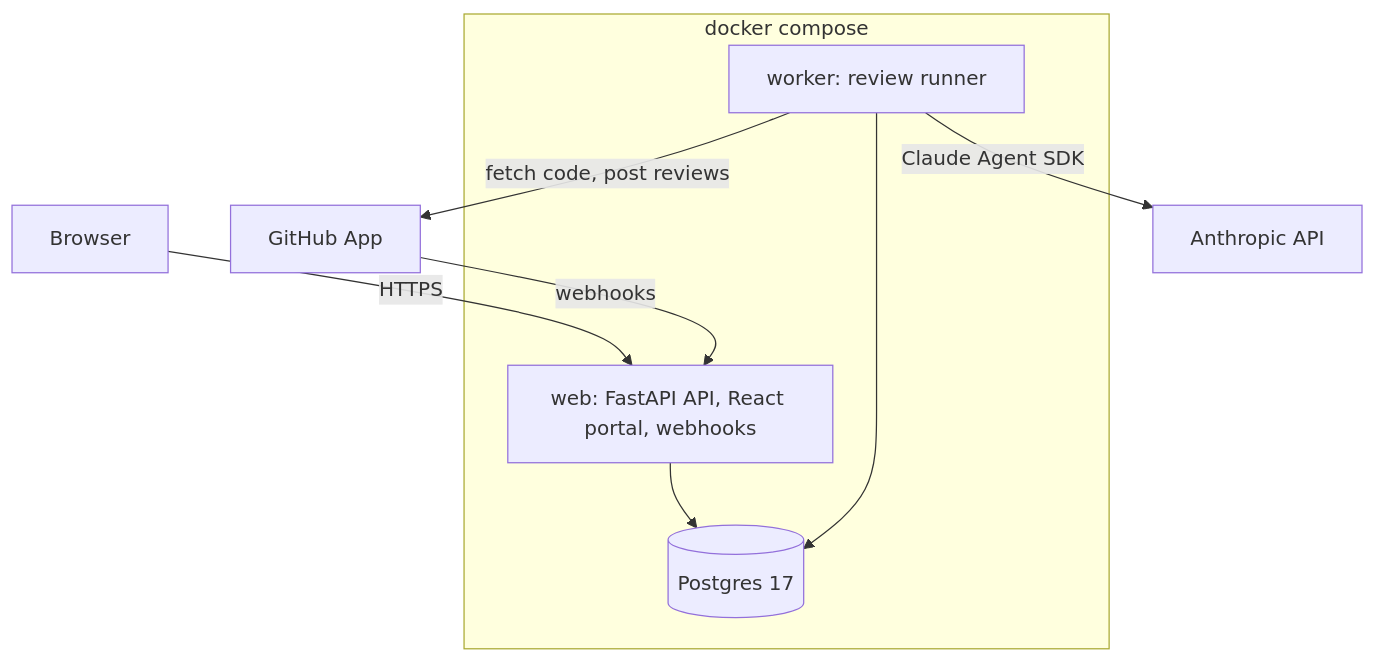
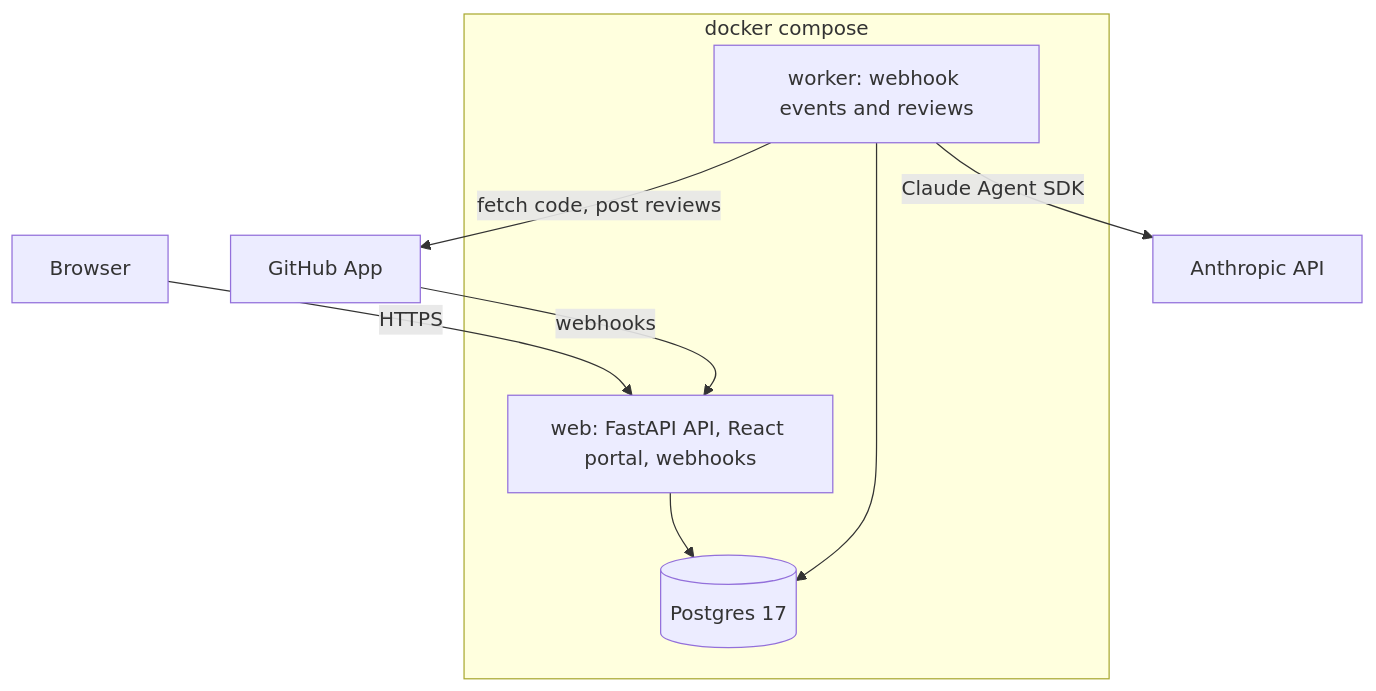
The diagram in docs/project/architecture.md (havelin-labs/chakshu-docs), drawn with Mermaid before and after one commit. The commit also changed other lines of this file and 6 other files, not shown here.

````diff
--- a/docs/project/architecture.md
+++ b/docs/project/architecture.md
@@ -3,14 +3,14 @@
 ```mermaid
 flowchart TB
   browser[Browser] -->|HTTPS| web
   github[GitHub App] -->|webhooks| web
   subgraph compose[docker compose]
     web["web: FastAPI API, React portal, webhooks"]
-    worker["worker: review runner"]
+    worker["worker: webhook events and reviews"]
     db[(Postgres 17)]
     web --> db
     worker --> db
   end
   worker -->|fetch code, post reviews| github
   worker -->|Claude Agent SDK| anthropic[Anthropic API]
 ```
````
